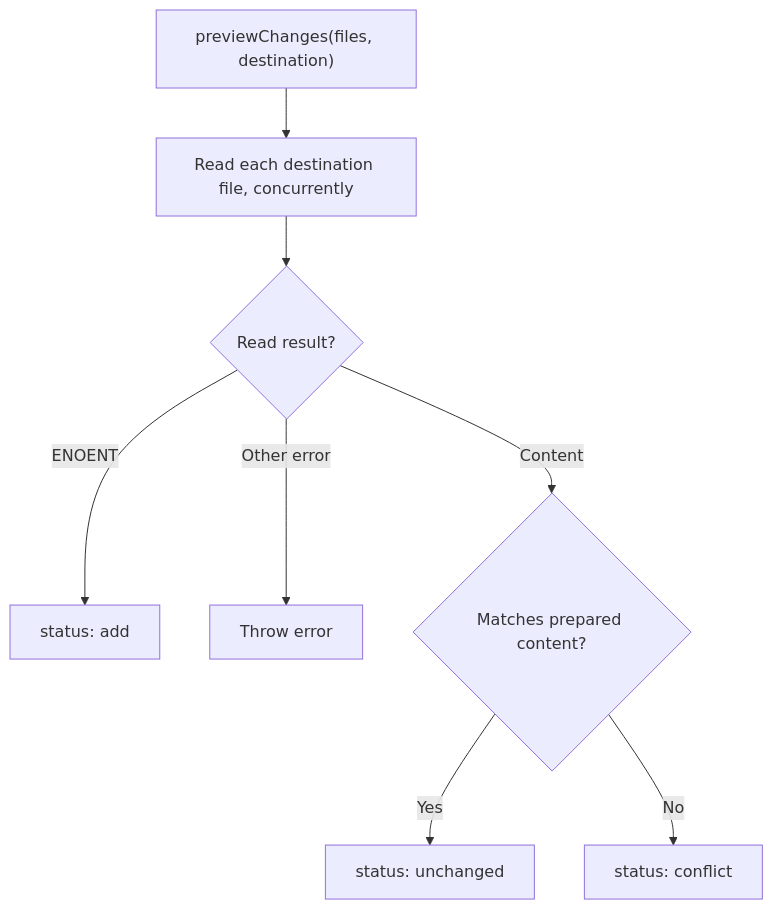
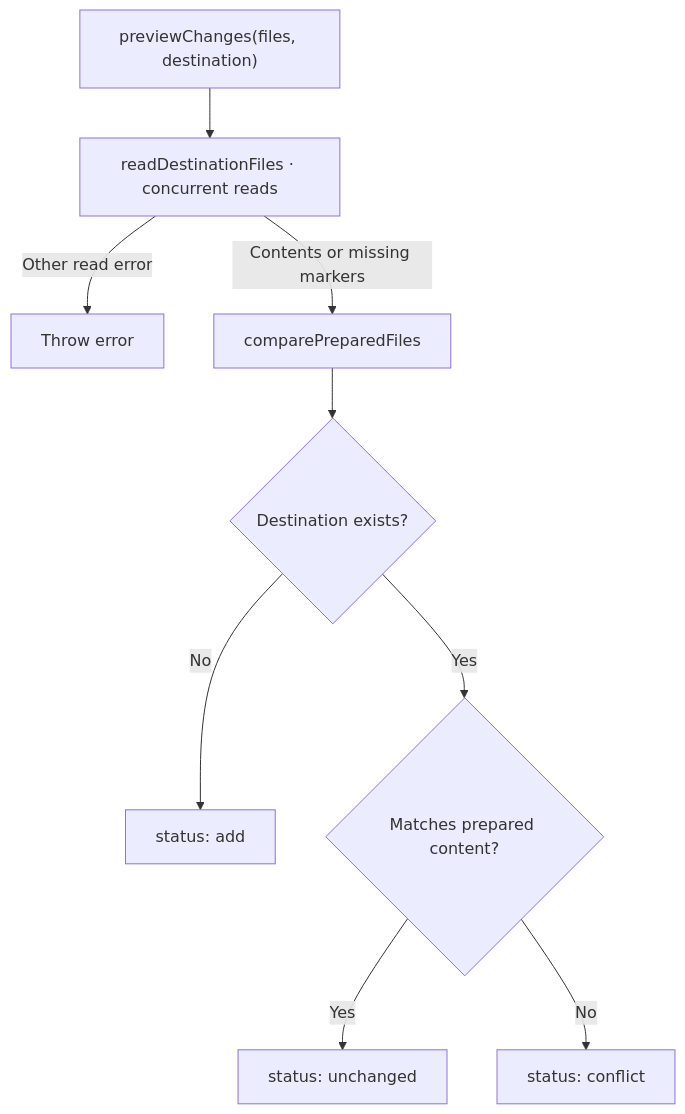
The second of 5 diagrams in cli/installation/README.md (feuersteiner/bref-ui), drawn with Mermaid before and after one commit. The commit also changed other lines of this file and 5 other files, not shown here.

````diff
--- a/cli/installation/README.md
+++ b/cli/installation/README.md
@@ -38,10 +38,11 @@
 ```mermaid
 flowchart TD
-    preview["previewChanges(files, destination)"] --> read["Read each destination file, concurrently"]
-    read --> outcome{"Read result?"}
-    outcome -->|ENOENT| add["status: add"]
-    outcome -->|Other error| error["Throw error"]
-    outcome -->|Content| compare{"Matches prepared content?"}
-    compare -->|Yes| unchanged["status: unchanged"]
-    compare -->|No| conflict["status: conflict"]
+    preview["previewChanges(files, destination)"] --> read["readDestinationFiles · concurrent reads"]
+    read -->|Other read error| error["Throw error"]
+    read -->|Contents or missing markers| compare["comparePreparedFiles"]
+    compare --> exists{"Destination exists?"}
+    exists -->|No| add["status: add"]
+    exists -->|Yes| matches{"Matches prepared content?"}
+    matches -->|Yes| unchanged["status: unchanged"]
+    matches -->|No| conflict["status: conflict"]
 ```
````
